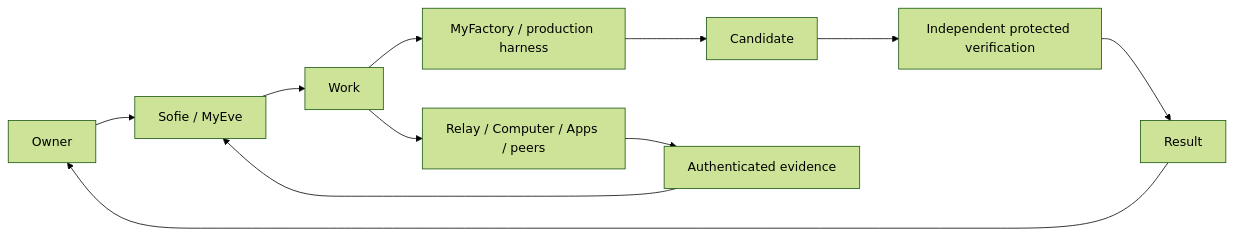
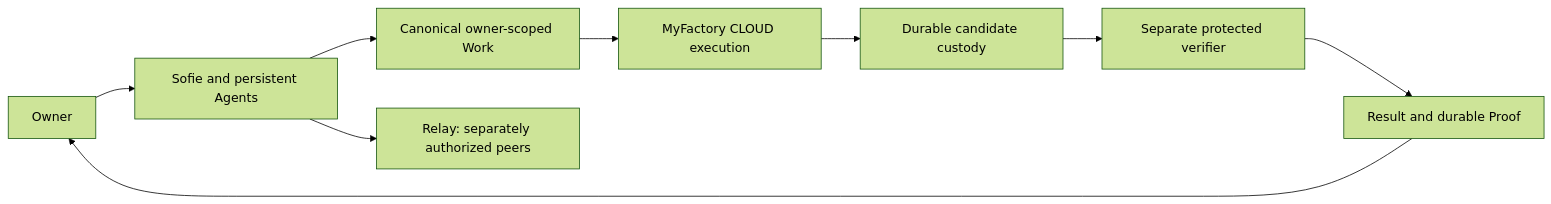
The diagram in README.md (jaydubya818/MyEveBot), drawn with Mermaid (forest theme) before and after one commit. The commit also changed other lines of this file, not shown here.

Commit message:
Document current MyEve capabilities and alpha release boundaries (#66)

````diff
--- a/README.md
+++ b/README.md
@@ -38,13 +47,11 @@
 ```mermaid
 flowchart LR
-  Owner --> Eve["Sofie / MyEve"]
-  Eve --> Work
-  Work --> Connections["Relay / Computer / Apps / peers"]
-  Work --> Factory["MyFactory / production harness"]
-  Factory --> Candidate
-  Candidate --> Verification["Independent protected verification"]
-  Verification --> Result
-  Connections --> Evidence["Authenticated evidence"]
-  Evidence --> Eve
-  Result --> Owner
+  Owner --> Chat[Sofie and persistent Agents]
+  Chat --> Work[Canonical owner-scoped Work]
+  Work --> Factory[MyFactory CLOUD execution]
+  Factory --> Candidate[Durable candidate custody]
+  Candidate --> Verify[Separate protected verifier]
+  Verify --> Proof[Result and durable Proof]
+  Proof --> Owner
+  Chat --> Relay[Relay: separately authorized peers]
 ```
````
